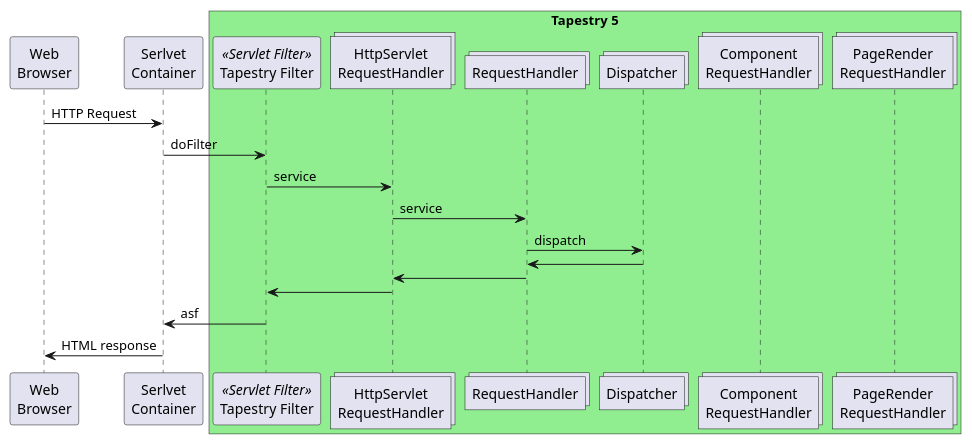
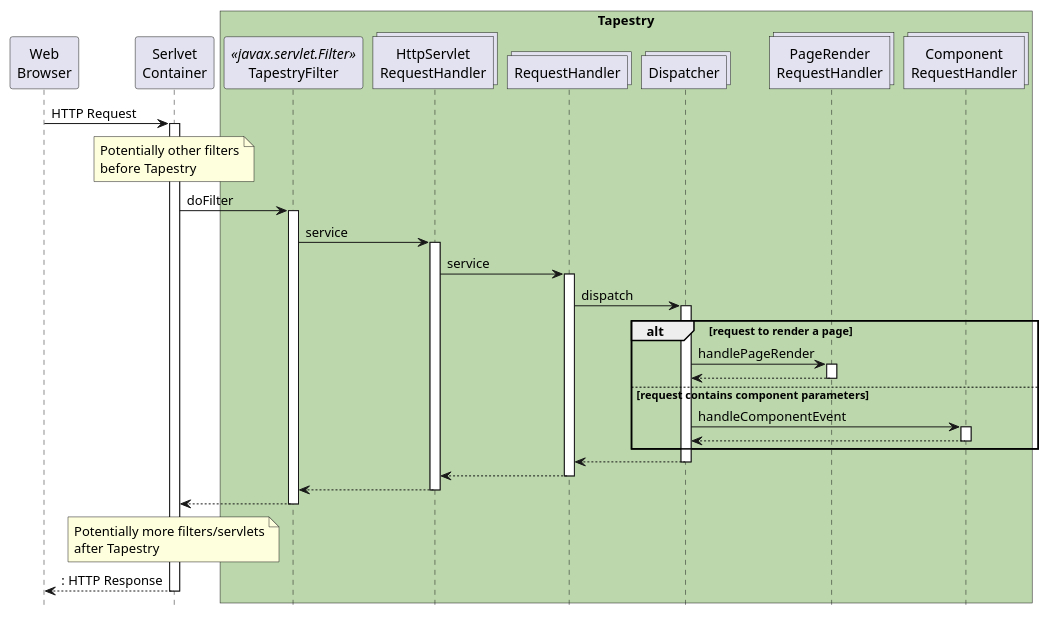
One commit to vjlamp/tapestry-antora-site-poc-content changed the diagram in modules/ROOT/partials/diagrams/tapestry-sequence.puml. Above: the diagram before and after it, drawn with PlantUML. The commit also changed 1 other file, not shown here.

Commit message:
Added sequence diagram to introduction page.

```diff
--- a/modules/ROOT/partials/diagrams/tapestry-sequence.puml
+++ b/modules/ROOT/partials/diagrams/tapestry-sequence.puml
@@ -1,24 +1,39 @@
 @startuml
 
 participant "Web\nBrowser" as browser
 participant "Serlvet\nContainer" as container
-box "Tapestry 5" #Lightgreen
-participant "Tapestry Filter" as Tapestry << Servlet Filter >>
+box "Tapestry" #bbd7ab
+participant "TapestryFilter" as Tapestry << javax.servlet.Filter >>
 collections "HttpServlet\nRequestHandler" as HttpServletRequestHandler
 collections RequestHandler
 collections Dispatcher
+collections "PageRender\nRequestHandler" as PageRenderRequestHandler
 collections "Component\nRequestHandler" as ComponentRequestHandler
-collections "PageRender\nRequestHandler" as PageRenderRequestHandler
 end box
 
-browser -> container: HTTP Request
-container -> Tapestry: doFilter
-Tapestry -> HttpServletRequestHandler: service
-HttpServletRequestHandler -> RequestHandler: service
-RequestHandler -> Dispatcher: dispatch
-Dispatcher -> RequestHandler
-RequestHandler -> HttpServletRequestHandler
-HttpServletRequestHandler -> Tapestry
-Tapestry -> container: asf
-container -> browser: HTML response
+browser -> container ++ : HTTP Request
+note over container: Potentially other filters\nbefore Tapestry
+container -> Tapestry ++ : doFilter
+Tapestry -> HttpServletRequestHandler ++ : service
+HttpServletRequestHandler -> RequestHandler ++ : service
+RequestHandler -> Dispatcher ++ : dispatch
+alt request to render a page
+Dispatcher -> PageRenderRequestHandler ++ : handlePageRender
+return
+else request contains component parameters
+Dispatcher -> ComponentRequestHandler ++ : handleComponentEvent
+return
+end
+return
+return
+return
+return
+note over container
+Potentially more filters/servlets
+after Tapestry
+end note
+return : HTTP Response
+
+hide footbox
+
 @enduml
```
